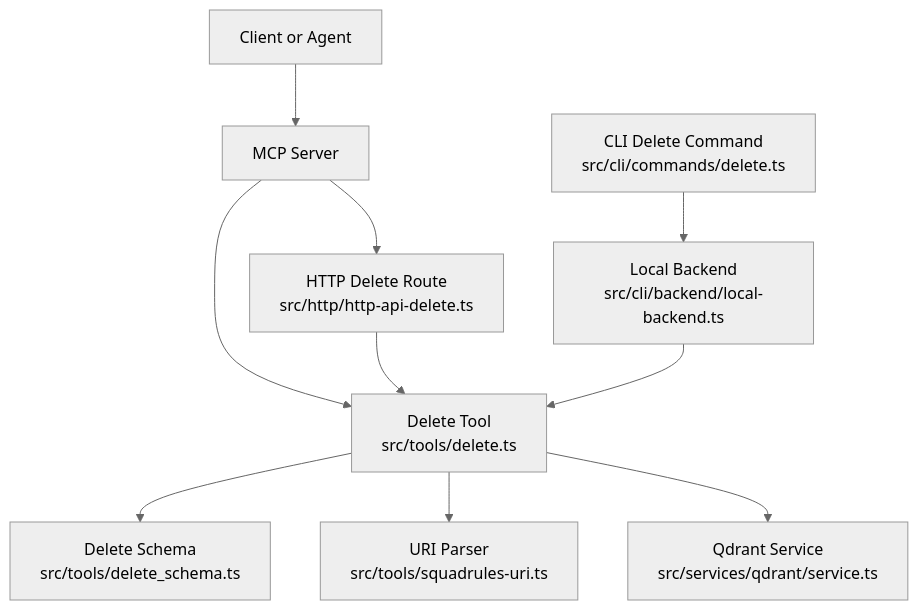
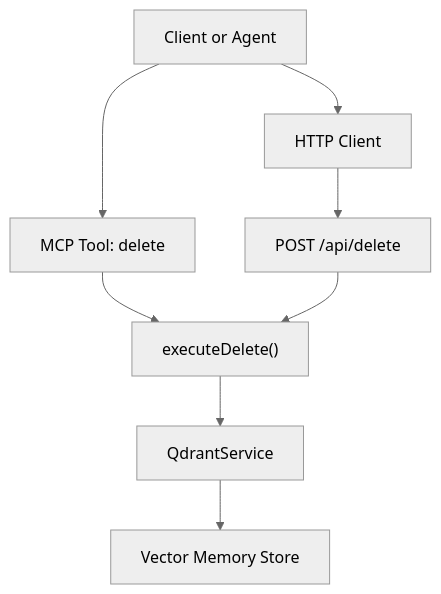
Before and after one commit to SquadRules/mcp: the first of 4 diagrams in .qoder/repowiki/en/content/MCP Tools Reference/Delete Tool.md, drawn with Mermaid (neutral theme). The commit also changed other lines of this file and 553 other files, not shown here.

````diff
--- a/.qoder/repowiki/en/content/MCP Tools Reference/Delete Tool.md
+++ b/.qoder/repowiki/en/content/MCP Tools Reference/Delete Tool.md
@@ -54,12 +45,10 @@
 ```mermaid
 graph TB
-Client["Client or Agent"] --> MCP["MCP Server"]
-MCP --> DeleteTool["Delete Tool<br/>src/tools/delete.ts"]
-DeleteTool --> Schema["Delete Schema<br/>src/tools/delete_schema.ts"]
-DeleteTool --> Uri["URI Parser<br/>src/tools/squadrules-uri.ts"]
-DeleteTool --> Qdrant["Qdrant Service<br/>src/services/qdrant/service.ts"]
-MCP --> HttpDelete["HTTP Delete Route<br/>src/http/http-api-delete.ts"]
-HttpDelete --> DeleteTool
-CLI["CLI Delete Command<br/>src/cli/commands/delete.ts"] --> LocalBackend["Local Backend<br/>src/cli/backend/local-backend.ts"]
-LocalBackend --> DeleteTool
+Client["Client or Agent"] --> MCPT["MCP Tool: delete"]
+Client --> HTTP["HTTP Client"]
+HTTP --> Route["POST /api/delete"]
+MCPT --> Shared["executeDelete()"]
+Route --> Shared
+Shared --> Qdrant["QdrantService"]
+Qdrant --> Store["Vector Memory Store"]
 ```
````
